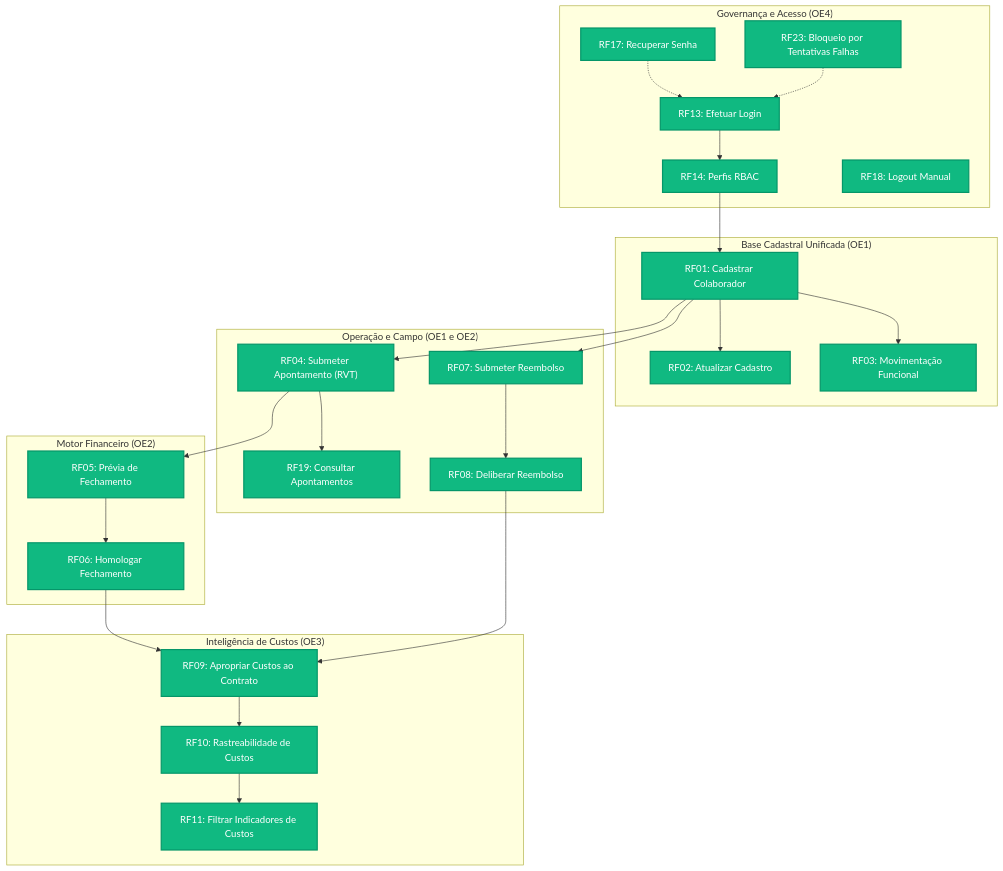
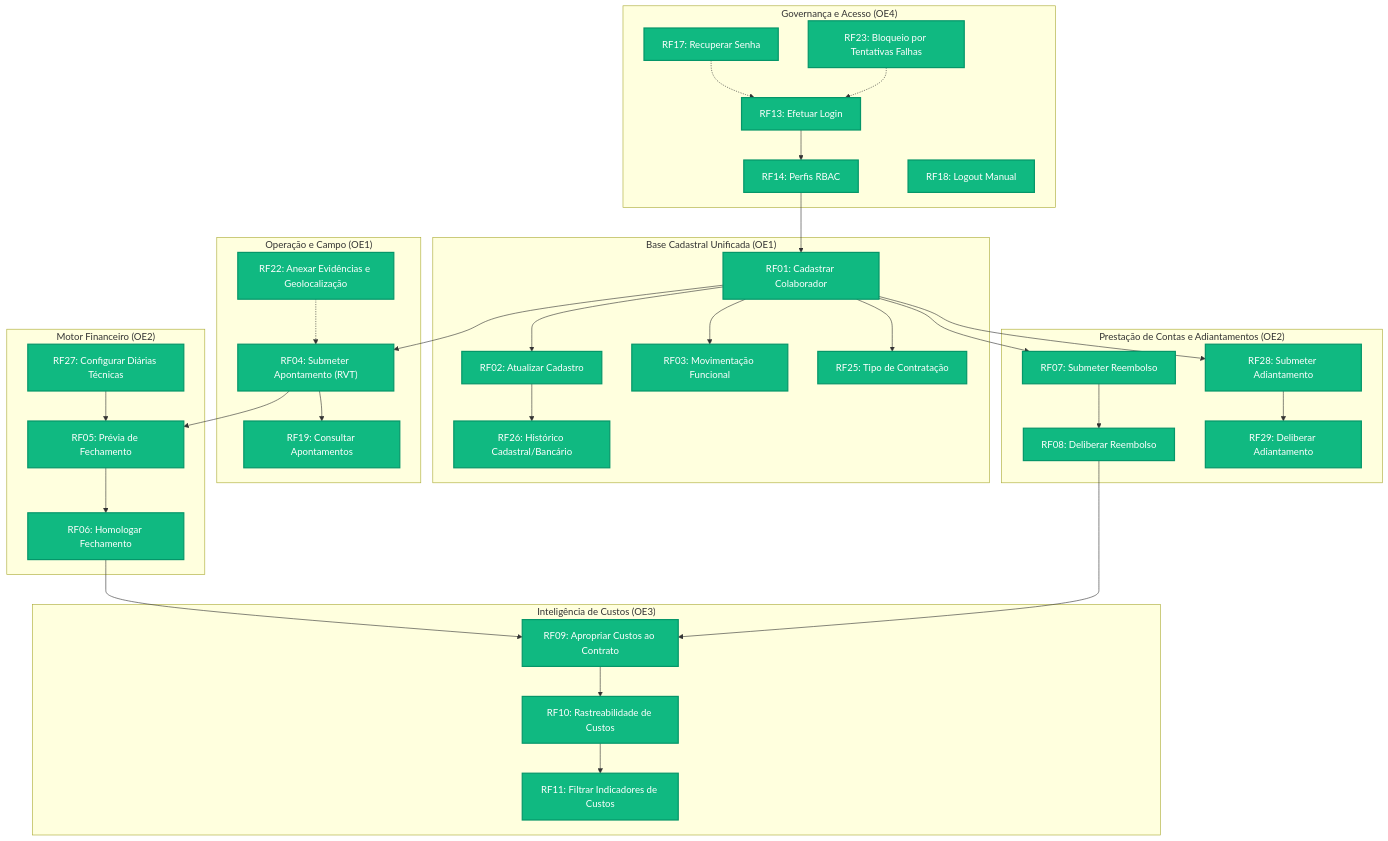
Before and after one commit to mdsreq-fga-unb/REQ-2026.2-T01-DUOC-Finance: the fourth of 4 diagrams in docs/requisitos/priorizacao.md, drawn with Mermaid. The commit also changed other lines of this file and 1 other file, not shown here.

````diff
--- a/docs/requisitos/priorizacao.md
+++ b/docs/requisitos/priorizacao.md
@@ -303,38 +336,46 @@
 ```mermaid
 flowchart TD
     subgraph S_AUTH["Governança e Acesso (OE4)"]
         RF13["RF13: Efetuar Login"] --> RF14["RF14: Perfis RBAC"]
         RF17["RF17: Recuperar Senha"] -.-> RF13
         RF18["RF18: Logout Manual"]
         RF23["RF23: Bloqueio por Tentativas Falhas"] -.-> RF13
     end
 
     subgraph S_CAD["Base Cadastral Unificada (OE1)"]
         RF14 --> RF01["RF01: Cadastrar Colaborador"]
         RF01 --> RF02["RF02: Atualizar Cadastro"]
         RF01 --> RF03["RF03: Movimentação Funcional"]
+        RF01 --> RF25["RF25: Tipo de Contratação"]
+        RF02 --> RF26["RF26: Histórico Cadastral/Bancário"]
     end
 
-    subgraph S_FIELD["Operação e Campo (OE1 e OE2)"]
+    subgraph S_FIELD["Operação e Campo (OE1)"]
         RF01 --> RF04["RF04: Submeter Apontamento (RVT)"]
+        RF22["RF22: Anexar Evidências e Geolocalização"] -.-> RF04
         RF04 --> RF19["RF19: Consultar Apontamentos"]
+    end
+
+    subgraph S_EXP["Prestação de Contas e Adiantamentos (OE2)"]
         RF01 --> RF07["RF07: Submeter Reembolso"]
         RF07 --> RF08["RF08: Deliberar Reembolso"]
+        RF01 --> RF28["RF28: Submeter Adiantamento"]
+        RF28 --> RF29["RF29: Deliberar Adiantamento"]
     end
 
     subgraph S_FIN["Motor Financeiro (OE2)"]
-        RF04 --> RF05["RF05: Prévia de Fechamento"]
+        RF27["RF27: Configurar Diárias Técnicas"] --> RF05["RF05: Prévia de Fechamento"]
+        RF04 --> RF05
         RF05 --> RF06["RF06: Homologar Fechamento"]
     end
 
     subgraph S_COST["Inteligência de Custos (OE3)"]
         RF06 --> RF09["RF09: Apropriar Custos ao Contrato"]
         RF08 --> RF09
         RF09 --> RF10["RF10: Rastreabilidade de Custos"]
         RF10 --> RF11["RF11: Filtrar Indicadores de Custos"]
     end
 
     classDef mvpNode fill:#10b981,stroke:#059669,stroke-width:2px,color:#ffffff;
-    classDef secNode fill:#0284c7,stroke:#0369a1,stroke-width:2px,color:#ffffff;
-    class RF13,RF14,RF17,RF18,RF23,RF01,RF02,RF03,RF04,RF19,RF07,RF08,RF05,RF06,RF09,RF10,RF11 mvpNode;
+    class RF01,RF02,RF03,RF04,RF05,RF06,RF07,RF08,RF09,RF10,RF11,RF13,RF14,RF17,RF18,RF19,RF22,RF23,RF25,RF26,RF27,RF28,RF29 mvpNode;
 ```
````
